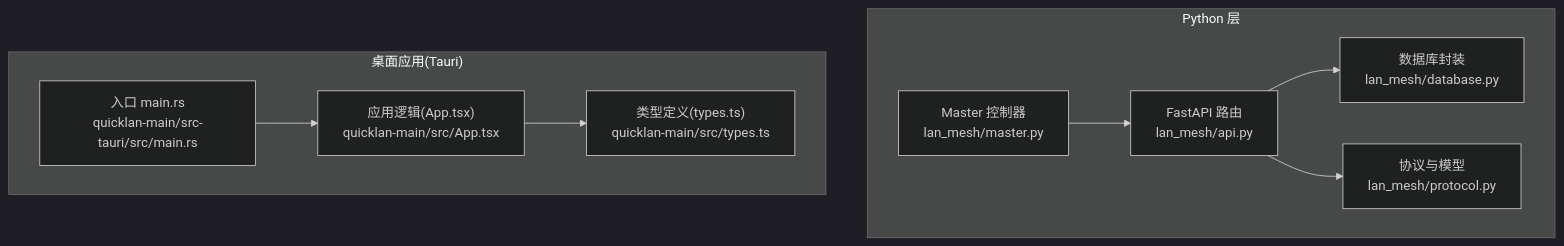
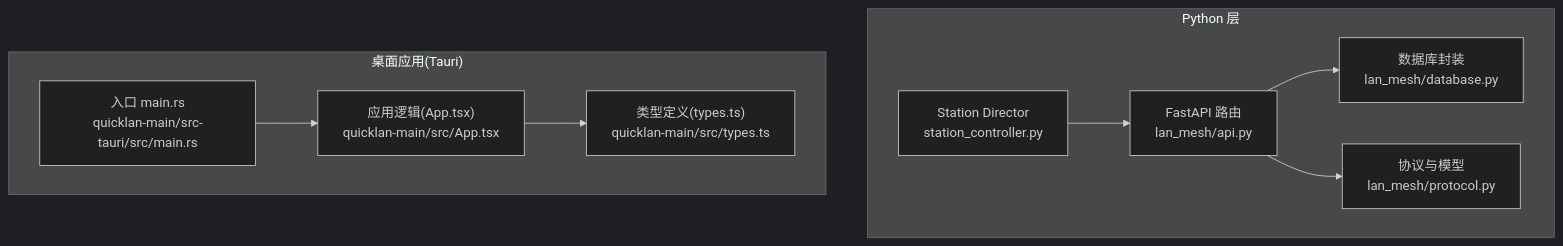
The first of 4 diagrams in .qoder/repowiki/zh/content/架构设计/WebSocket 实时通信.md (targalian/Personal-distributed-workstation), drawn with Mermaid (dark theme) before and after one commit. The commit also changed 63 other files, not shown here.

Commit message:
docs(station): 同步 repo wiki 至 station_controller/station_api 架构

````diff
--- a/.qoder/repowiki/zh/content/架构设计/WebSocket 实时通信.md
+++ b/.qoder/repowiki/zh/content/架构设计/WebSocket 实时通信.md
@@ -45,19 +45,19 @@
 ```mermaid
 graph TB
 subgraph "Python 层"
-M["Master 控制器<br/>lan_mesh/master.py"]
+M["Station Director<br/>station_controller.py"]
 API["FastAPI 路由<br/>lan_mesh/api.py"]
 DB["数据库封装<br/>lan_mesh/database.py"]
 Proto["协议与模型<br/>lan_mesh/protocol.py"]
 end
 subgraph "桌面应用(Tauri)"
 TMain["入口 main.rs<br/>quicklan-main/src-tauri/src/main.rs"]
 TApp["应用逻辑(App.tsx)<br/>quicklan-main/src/App.tsx"]
 TTypes["类型定义(types.ts)<br/>quicklan-main/src/types.ts"]
 end
 M --> API
 API --> DB
 API --> Proto
 TMain --> TApp
 TApp --> TTypes
 ```
````
